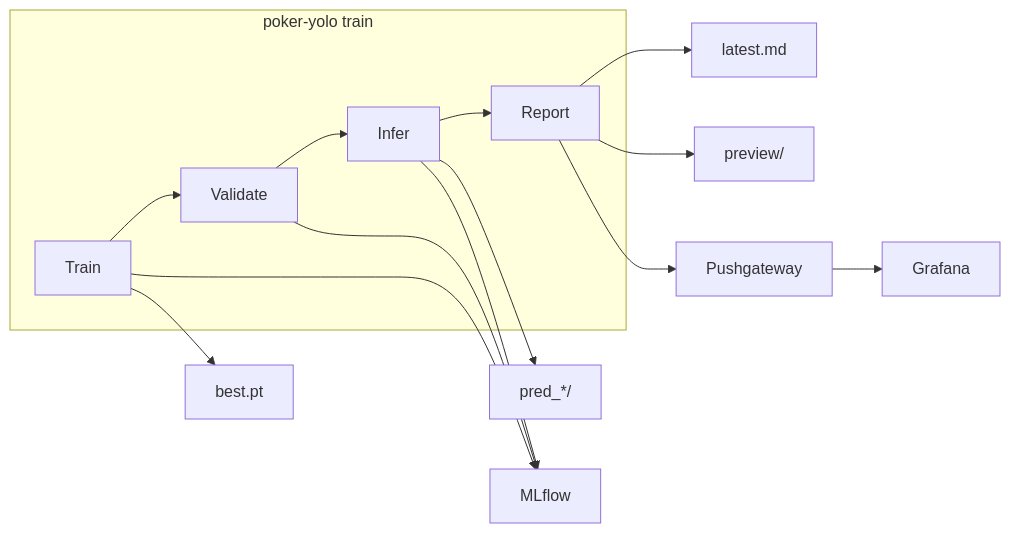
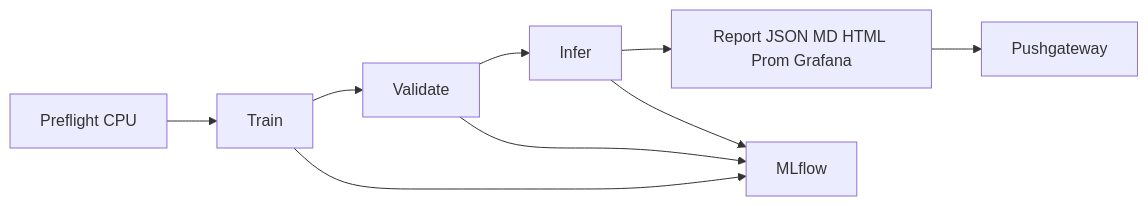
The diagram in README.md (l00fi/CV_proj_univ), drawn with Mermaid before and after one commit. The commit also changed other lines of this file and 9 other files, not shown here.

````diff
--- a/README.md
+++ b/README.md
@@ -116,15 +71,9 @@
 ```mermaid
 flowchart LR
-    subgraph cmd [poker-yolo train]
-        T[Train] --> V[Validate] --> I[Infer] --> R[Report]
-    end
-
-    T --> W[best.pt]
-    I --> P[pred_*/]
-    R --> MD[latest.md]
-    R --> PV[preview/]
-
+    P[Preflight CPU] --> T[Train]
+    T --> V[Validate]
+    V --> I[Infer]
+    I --> R[Report JSON MD HTML Prom Grafana]
     R --> PGW[Pushgateway]
-    PGW --> GRAF[Grafana]
     T & V & I --> MLF[MLflow]
 ```
````
